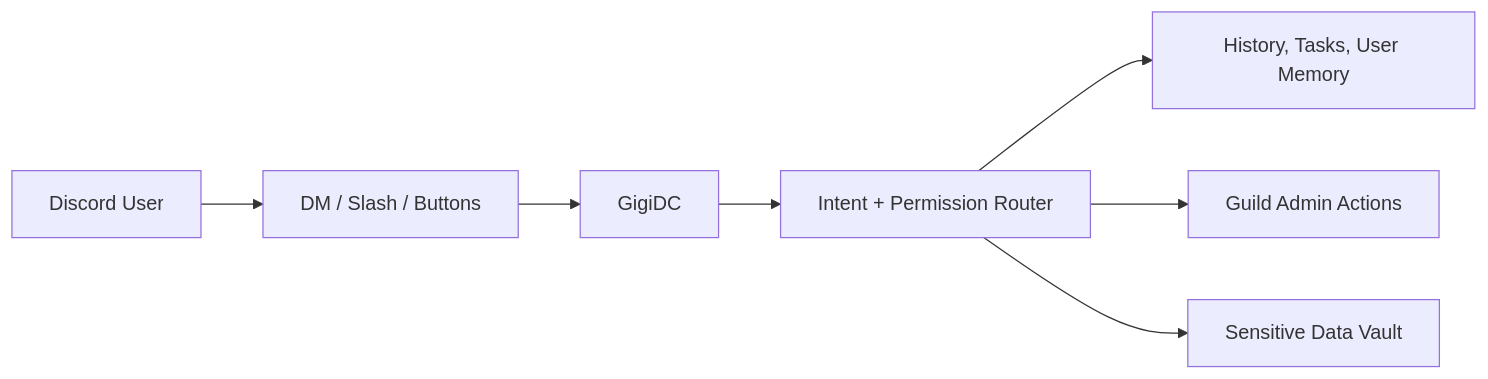
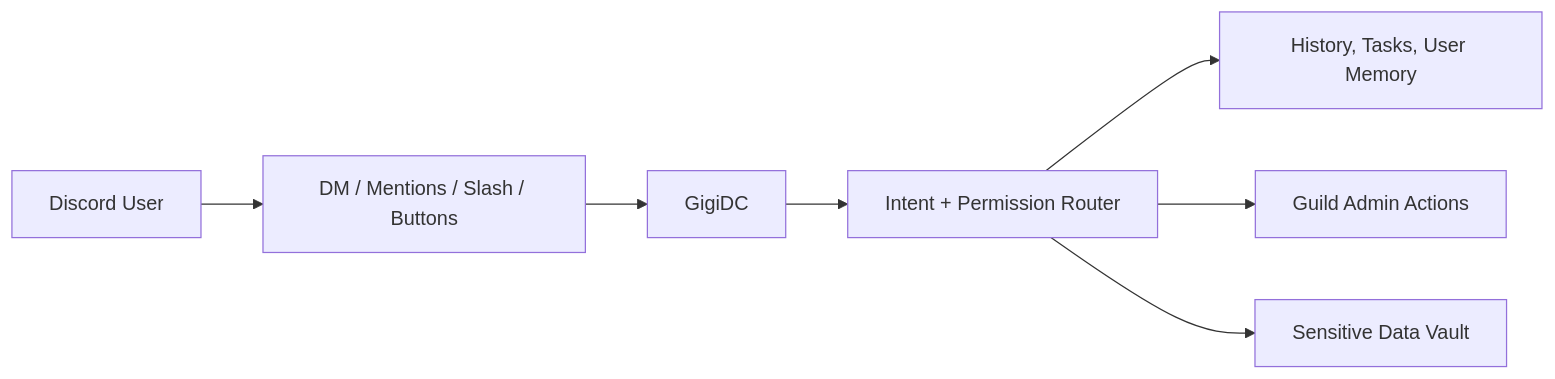
The diagram in docs/index.mdx (gOps132/GigiDC), drawn with Mermaid before and after one commit. The commit also changed other lines of this file and 12 other files, not shown here.

````diff
--- a/docs/index.mdx
+++ b/docs/index.mdx
@@ -44,9 +44,9 @@
 ```mermaid
 flowchart LR
-    User["Discord User"] --> Surface["DM / Slash / Buttons"]
+    User["Discord User"] --> Surface["DM / Mentions / Slash / Buttons"]
     Surface --> Gigi["GigiDC"]
     Gigi --> Router["Intent + Permission Router"]
     Router --> Memory["History, Tasks, User Memory"]
     Router --> Admin["Guild Admin Actions"]
     Router --> Secrets["Sensitive Data Vault"]
 ```
````
